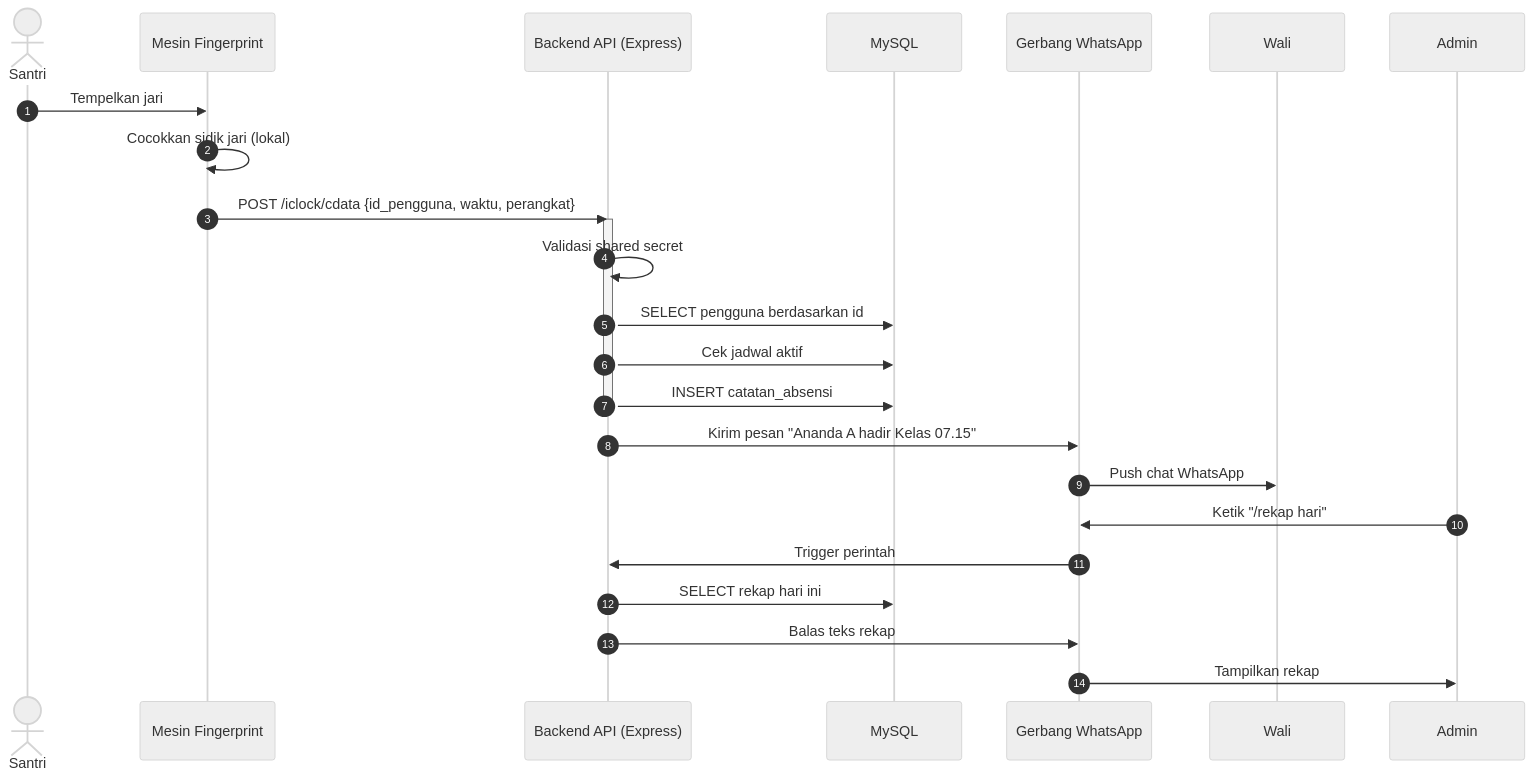
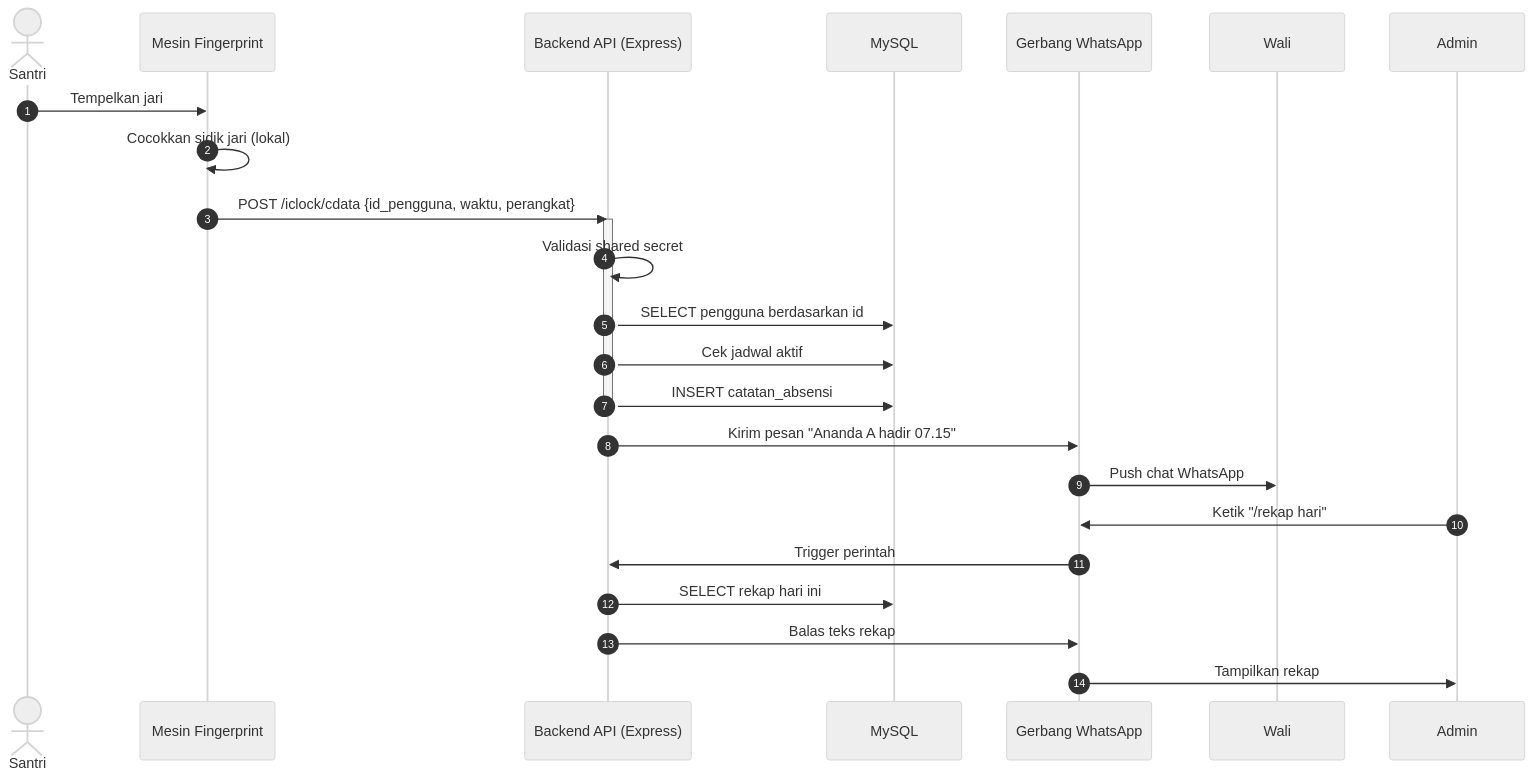
The third of 20 diagrams in 20-Projects/01-absensi-finger/04-MULTI-CONCEPT-5-SCHEMAS.md (RaiKanaeru/ai-agents-vault), drawn with Mermaid (neutral theme) before and after one commit. The commit also changed other lines of this file and 4 other files, not shown here.

````diff
--- a/20-Projects/01-absensi-finger/04-MULTI-CONCEPT-5-SCHEMAS.md
+++ b/20-Projects/01-absensi-finger/04-MULTI-CONCEPT-5-SCHEMAS.md
@@ -116,30 +116,30 @@
 ```mermaid
 sequenceDiagram
     autonumber
     actor S as Santri
     participant FP as Mesin Fingerprint
     participant API as Backend API (Express)
     participant DB as MySQL
     participant WA as Gerbang WhatsApp
     participant W as Wali
     participant A as Admin
 
     S->>FP: Tempelkan jari
     FP->>FP: Cocokkan sidik jari (lokal)
     FP->>API: POST /iclock/cdata {id_pengguna, waktu, perangkat}
     activate API
     API->>API: Validasi shared secret
     API->>DB: SELECT pengguna berdasarkan id
     API->>DB: Cek jadwal aktif
     API->>DB: INSERT catatan_absensi
     deactivate API
 
-    API->>WA: Kirim pesan "Ananda A hadir Kelas 07.15"
+    API->>WA: Kirim pesan "Ananda A hadir 07.15"
     WA->>W: Push chat WhatsApp
 
     A->>WA: Ketik "/rekap hari"
     WA->>API: Trigger perintah
     API->>DB: SELECT rekap hari ini
     API->>WA: Balas teks rekap
     WA->>A: Tampilkan rekap
 ```
````
